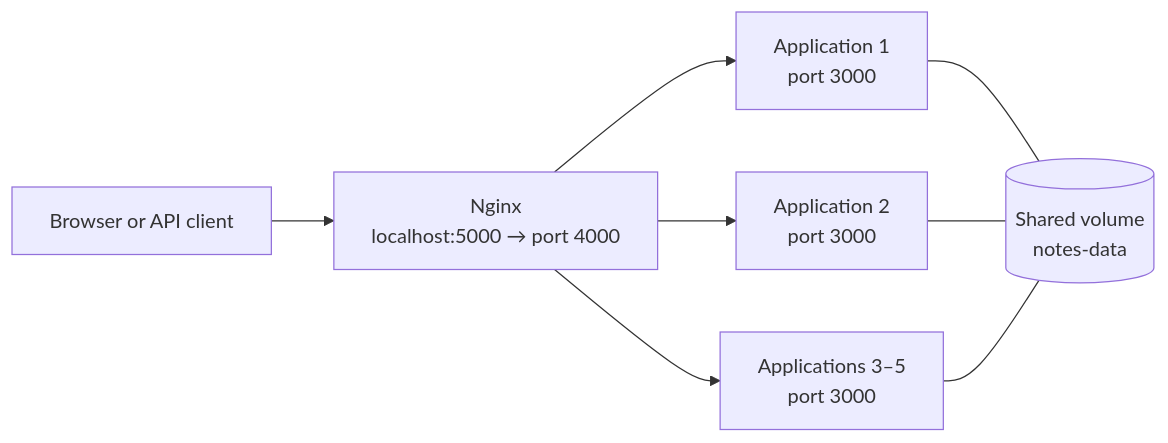
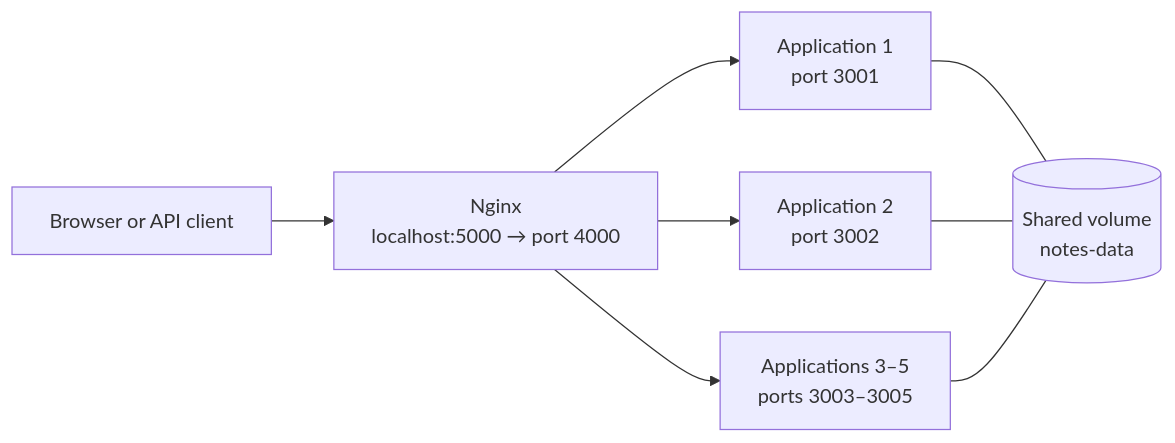
Before and after one commit to Alexmir888/digi-tech-one: the diagram in README.md, drawn with Mermaid. The commit also changed other lines of this file and 2 other files, not shown here.

Commit message:
Route Nginx traffic across app ports

````diff
--- a/README.md
+++ b/README.md
@@ -56,17 +107,17 @@
 ```mermaid
 flowchart LR
     User["Browser or API client"]
     Nginx["Nginx<br/>localhost:5000 → port 4000"]
-    App1["Application 1<br/>port 3000"]
-    App2["Application 2<br/>port 3000"]
-    AppN["Applications 3–5<br/>port 3000"]
+    App1["Application 1<br/>port 3001"]
+    App2["Application 2<br/>port 3002"]
+    AppN["Applications 3–5<br/>ports 3003–3005"]
     Volume[("Shared volume<br/>notes-data")]
 
     User --> Nginx
     Nginx --> App1
     Nginx --> App2
     Nginx --> AppN
     App1 --- Volume
     App2 --- Volume
     AppN --- Volume
 ```
````
